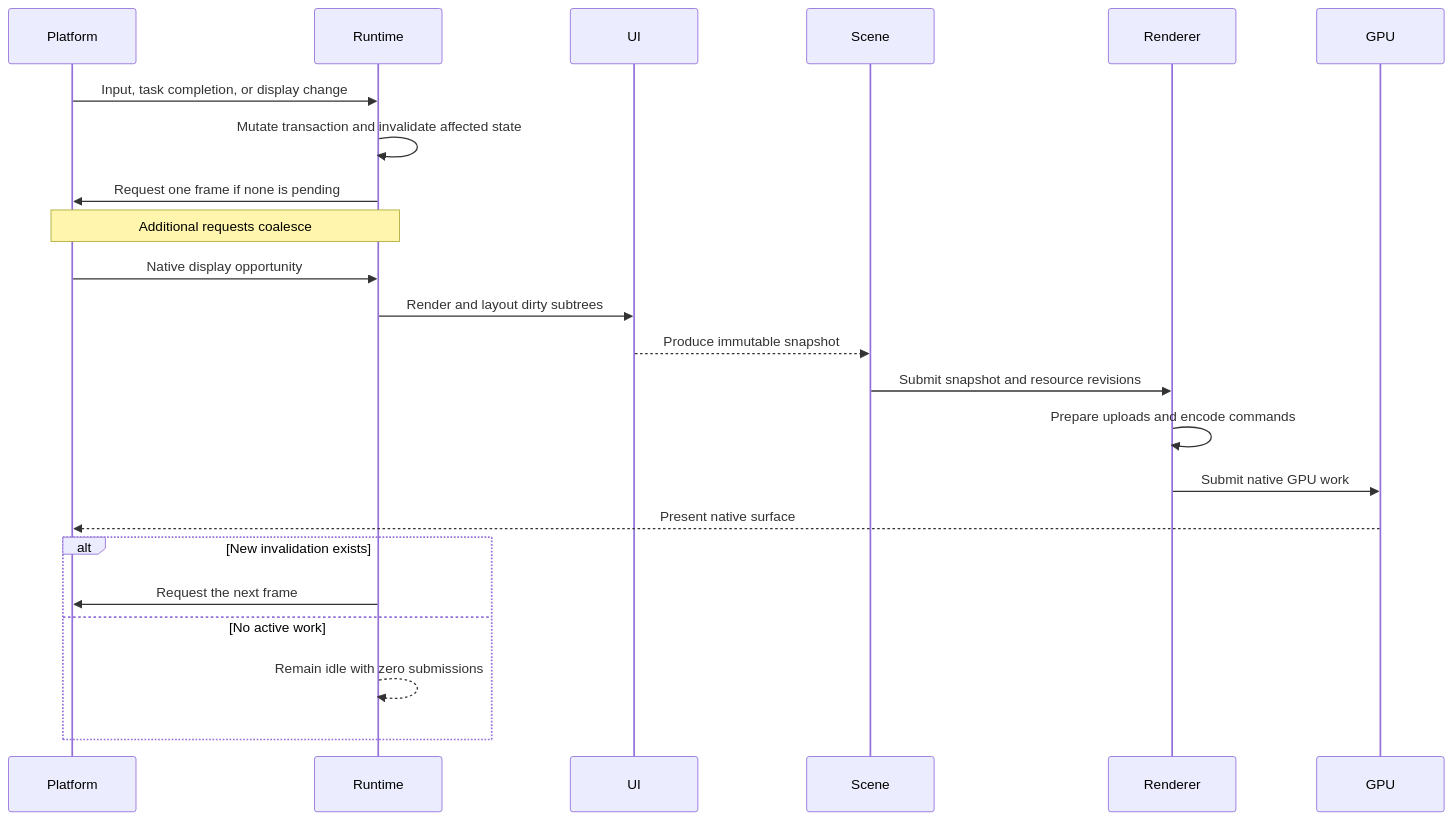
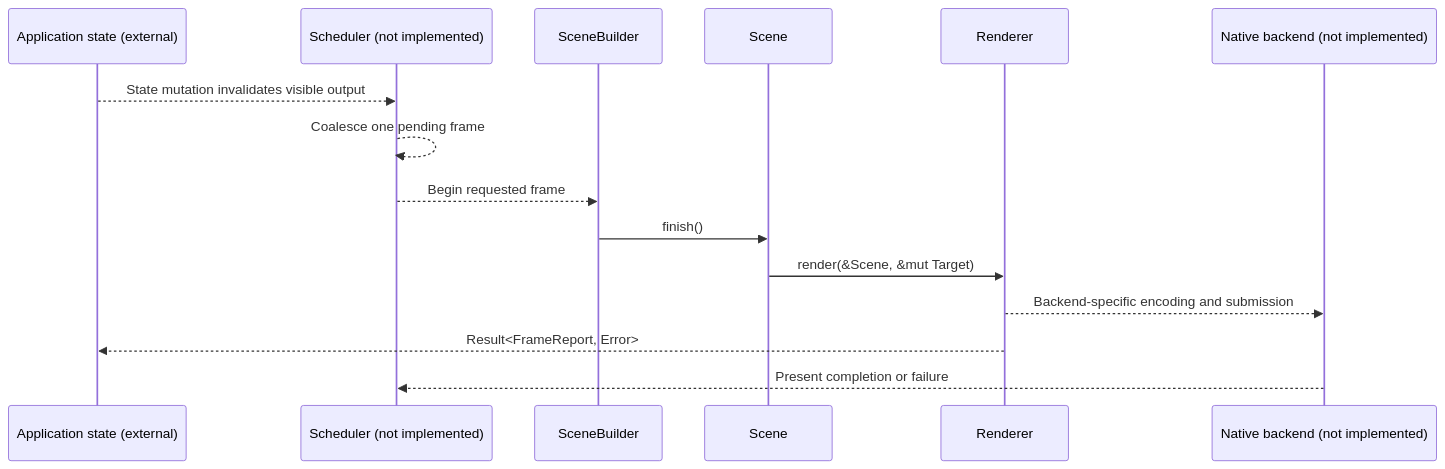
One commit to dbuddha/alpine-gpui changed the third of 7 diagrams in ARCHITECTURE.md. Above: the diagram before and after it, drawn with Mermaid. The commit also changed other lines of this file and 40 other files, not shown here.

````diff
--- a/ARCHITECTURE.md
+++ b/ARCHITECTURE.md
@@ -229,26 +76,18 @@
 ```mermaid
 sequenceDiagram
-    participant Platform
-    participant Runtime
-    participant UI
+    participant App as Application state (external)
+    participant Scheduler as Scheduler (not implemented)
+    participant Builder as SceneBuilder
     participant Scene
     participant Renderer
-    participant GPU
+    participant Backend as Native backend (not implemented)
 
-    Platform->>Runtime: Input, task completion, or display change
-    Runtime->>Runtime: Mutate transaction and invalidate affected state
-    Runtime->>Platform: Request one frame if none is pending
-    Note over Runtime,Platform: Additional requests coalesce
-    Platform->>Runtime: Native display opportunity
-    Runtime->>UI: Render and layout dirty subtrees
-    UI-->>Scene: Produce immutable snapshot
-    Scene->>Renderer: Submit snapshot and resource revisions
-    Renderer->>Renderer: Prepare uploads and encode commands
-    Renderer->>GPU: Submit native GPU work
-    GPU-->>Platform: Present native surface
-    alt New invalidation exists
-        Runtime->>Platform: Request the next frame
-    else No active work
-        Runtime-->>Runtime: Remain idle with zero submissions
-    end
+    App-->>Scheduler: State mutation invalidates visible output
+    Scheduler-->>Scheduler: Coalesce one pending frame
+    Scheduler-->>Builder: Begin requested frame
+    Builder->>Scene: finish()
+    Scene->>Renderer: render(&Scene, &mut Target)
+    Renderer-->>Backend: Backend-specific encoding and submission
+    Renderer-->>App: Result<FrameReport, Error>
+    Backend-->>Scheduler: Present completion or failure
 ```
````
